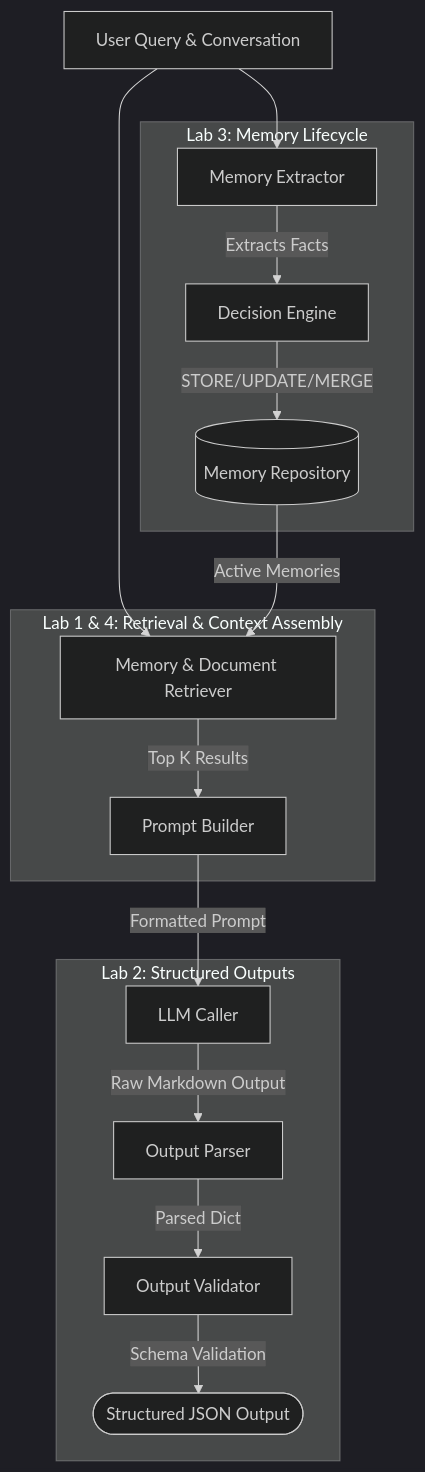
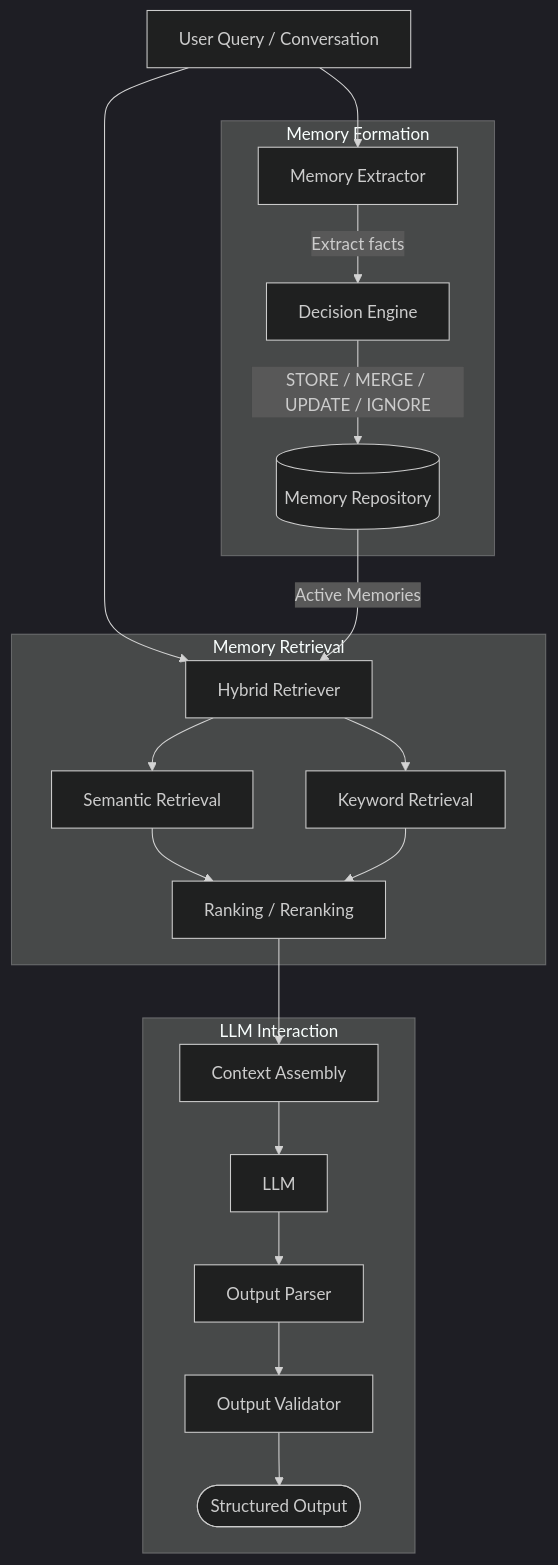
The diagram in README.md (AdityaP700/ChunkdUp), drawn with Mermaid (dark theme) before and after one commit. The commit also changed other lines of this file, not shown here.

````diff
--- a/README.md
+++ b/README.md
@@ -37,36 +174,40 @@
 ```mermaid
 flowchart TD
-    UserQuery[User Query & Conversation]
-    
-    subgraph Lab 3: Memory Lifecycle
+
+    UserQuery[User Query / Conversation]
+
+    subgraph MemoryFormation[Memory Formation]
         Extractor[Memory Extractor]
         Decision[Decision Engine]
         Repo[(Memory Repository)]
-        
-        Extractor -->|Extracts Facts| Decision
-        Decision -->|STORE/UPDATE/MERGE| Repo
+
+        Extractor -->|Extract facts| Decision
+        Decision -->|STORE / MERGE / UPDATE / IGNORE| Repo
     end
 
     UserQuery --> Extractor
     UserQuery --> Retriever
-    
-    subgraph Lab 1 & 4: Retrieval & Context Assembly
-        Retriever[Memory & Document Retriever]
-        PromptBuilder[Prompt Builder]
-        
-        Repo -->|Active Memories| Retriever
-        Retriever -->|Top K Results| PromptBuilder
+
+    subgraph Retrieval[Memory Retrieval]
+        Retriever[Hybrid Retriever]
+        Semantic[Semantic Retrieval]
+        Keyword[Keyword Retrieval]
+        Ranking[Ranking / Reranking]
+
+        Retriever --> Semantic
+        Retriever --> Keyword
+        Semantic --> Ranking
+        Keyword --> Ranking
     end
 
-    subgraph Lab 2: Structured Outputs
-        LLM[LLM Caller]
-        Parser[Output Parser]
-        Validator[Output Validator]
-        FinalOutput([Structured JSON Output])
-        
-        PromptBuilder -->|Formatted Prompt| LLM
-        LLM -->|Raw Markdown Output| Parser
-        Parser -->|Parsed Dict| Validator
-        Validator -->|Schema Validation| FinalOutput
+    Repo -->|Active Memories| Retriever
+
+    Ranking --> PromptBuilder[Context Assembly]
+
+    subgraph Generation[LLM Interaction]
+        PromptBuilder --> LLM[LLM]
+        LLM --> Parser[Output Parser]
+        Parser --> Validator[Output Validator]
+        Validator --> FinalOutput([Structured Output])
     end
 ```
````
